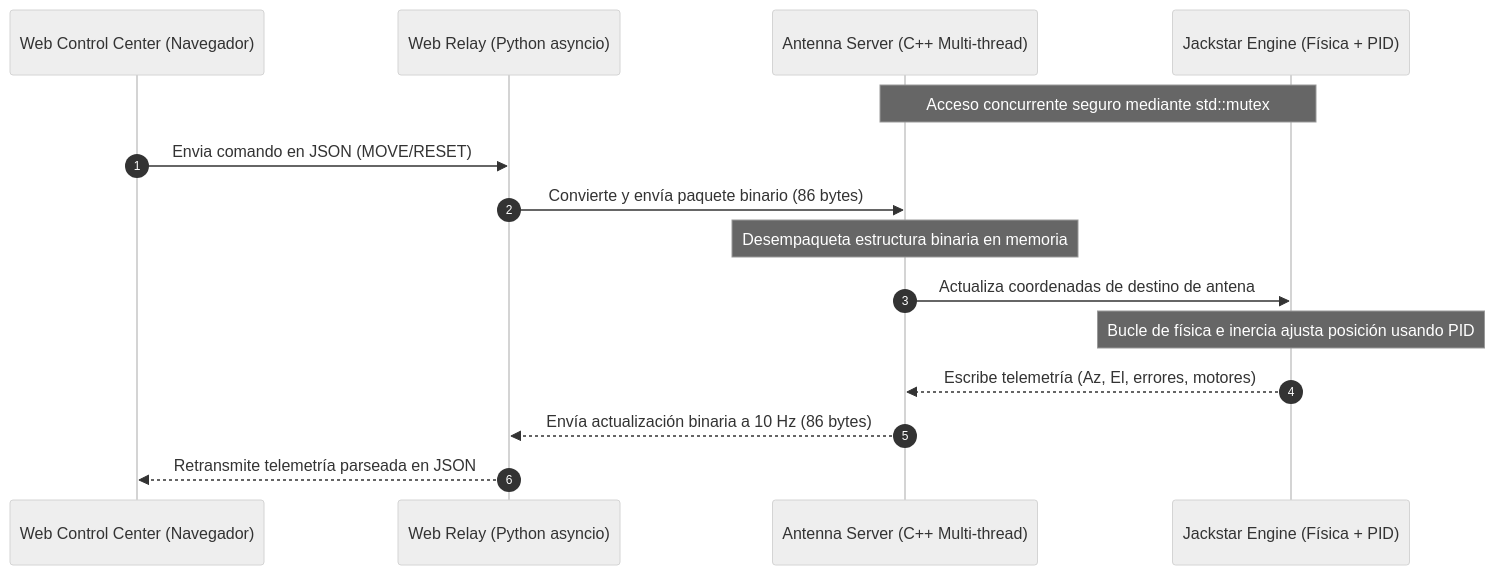
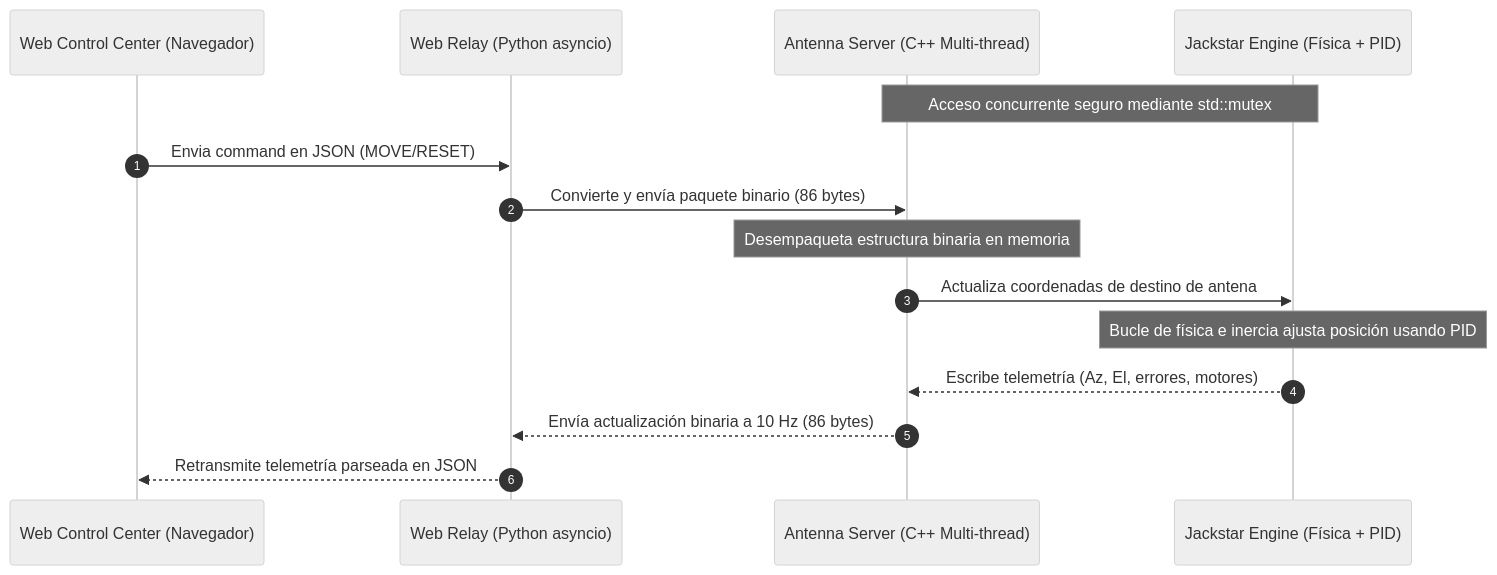
Before and after one commit to JackStar6677-1/AstroControlSim: the second of 2 diagrams in README.md, drawn with Mermaid (neutral theme). The commit also changed other lines of this file, not shown here.

````diff
--- a/README.md
+++ b/README.md
@@ -78,18 +78,18 @@
 ```mermaid
 sequenceDiagram
     autonumber
     participant UI as Web Control Center (Navegador)
     participant Relay as Web Relay (Python asyncio)
     participant Srv as Antenna Server (C++ Multi-thread)
     participant Sim as Jackstar Engine (Física + PID)
 
     Note over Sim,Srv: Acceso concurrente seguro mediante std::mutex
-    UI->>Relay: Envia comando en JSON (MOVE/RESET)
+    UI->>Relay: Envia command en JSON (MOVE/RESET)
     Relay->>Srv: Convierte y envía paquete binario (86 bytes)
     Note over Srv: Desempaqueta estructura binaria en memoria
     Srv->>Sim: Actualiza coordenadas de destino de antena
     Note over Sim: Bucle de física e inercia ajusta posición usando PID
     Sim-->>Srv: Escribe telemetría (Az, El, errores, motores)
     Srv-->>Relay: Envía actualización binaria a 10 Hz (86 bytes)
     Relay-->>UI: Retransmite telemetría parseada en JSON
 ```
````
